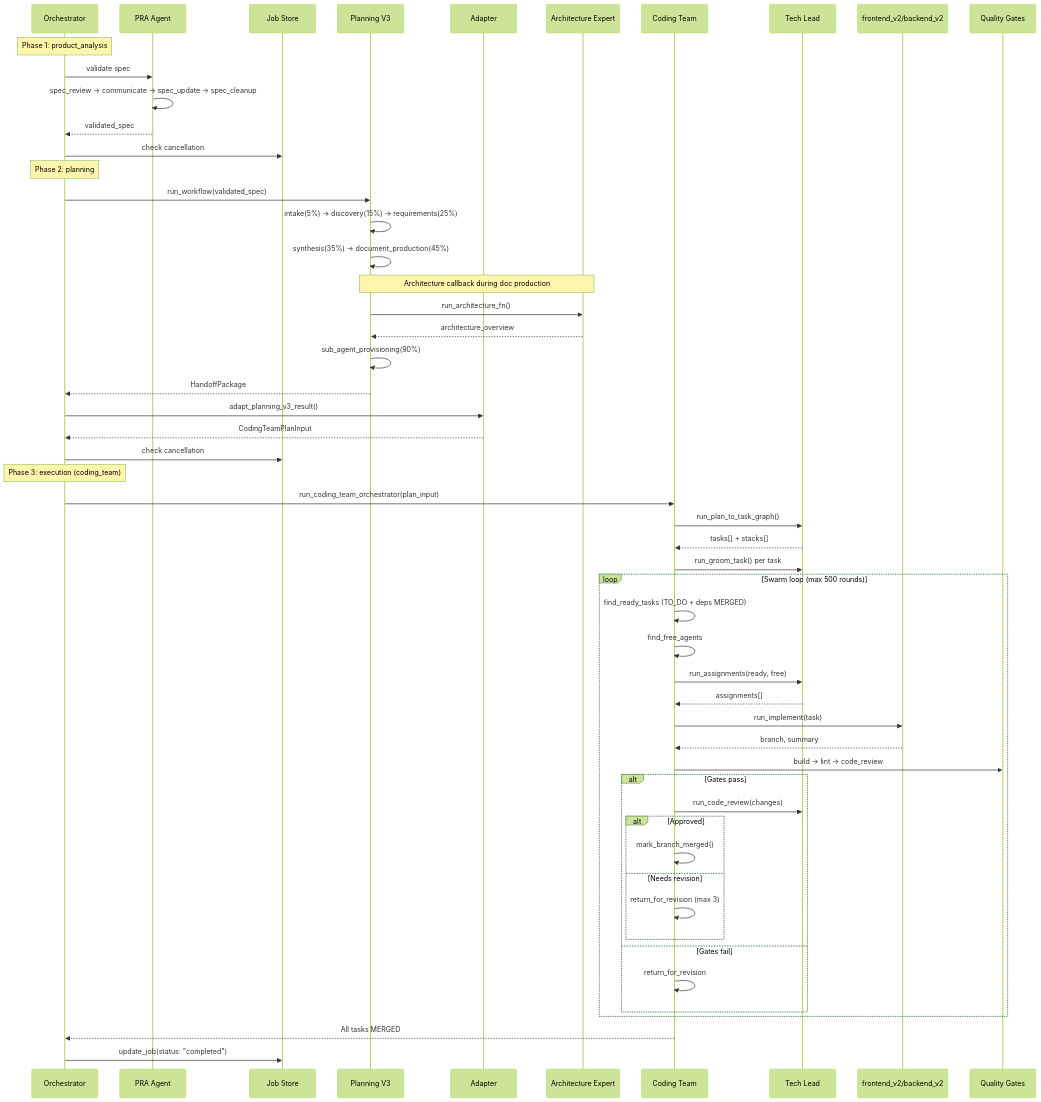
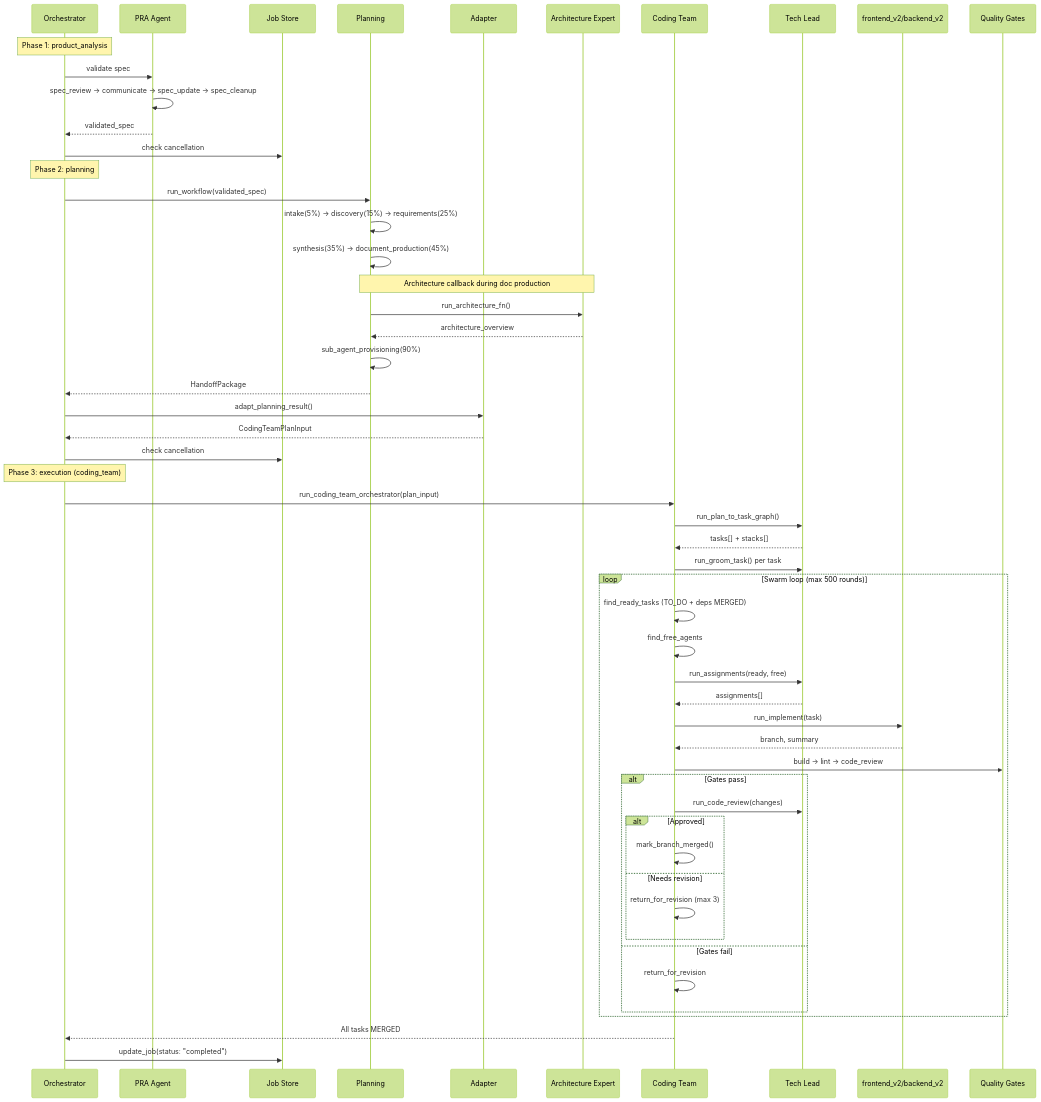
The second of 6 diagrams in backend/agents/software_engineering_team/system_design/SE_Use_Cases.md (brandonkindred/Khala-Agentic-AI-Teams), drawn with Mermaid (forest theme) before and after one commit. The commit also changed other lines of this file and 217 other files, not shown here.

````diff
--- a/backend/agents/software_engineering_team/system_design/SE_Use_Cases.md
+++ b/backend/agents/software_engineering_team/system_design/SE_Use_Cases.md
@@ -41,66 +41,66 @@
 ```mermaid
 sequenceDiagram
     participant ORC as Orchestrator
     participant PRA as PRA Agent
     participant JS as Job Store
-    participant PV3 as Planning V3
+    participant Planning as Planning
     participant ADP as Adapter
     participant ARCH as Architecture Expert
     participant CT as Coding Team
     participant TL as Tech Lead
     participant V2 as frontend_v2/backend_v2
     participant QG as Quality Gates
 
     Note over ORC: Phase 1: product_analysis
     ORC->>PRA: validate spec
     PRA->>PRA: spec_review → communicate → spec_update → spec_cleanup
     PRA-->>ORC: validated_spec
 
     ORC->>JS: check cancellation
     Note over ORC: Phase 2: planning
-    ORC->>PV3: run_workflow(validated_spec)
-    PV3->>PV3: intake(5%) → discovery(15%) → requirements(25%)
-    PV3->>PV3: synthesis(35%) → document_production(45%)
+    ORC->>Planning: run_workflow(validated_spec)
+    Planning->>Planning: intake(5%) → discovery(15%) → requirements(25%)
+    Planning->>Planning: synthesis(35%) → document_production(45%)
 
-    Note over PV3,ARCH: Architecture callback during doc production
-    PV3->>ARCH: run_architecture_fn()
-    ARCH-->>PV3: architecture_overview
+    Note over Planning,ARCH: Architecture callback during doc production
+    Planning->>ARCH: run_architecture_fn()
+    ARCH-->>Planning: architecture_overview
 
-    PV3->>PV3: sub_agent_provisioning(90%)
-    PV3-->>ORC: HandoffPackage
+    Planning->>Planning: sub_agent_provisioning(90%)
+    Planning-->>ORC: HandoffPackage
 
-    ORC->>ADP: adapt_planning_v3_result()
+    ORC->>ADP: adapt_planning_result()
     ADP-->>ORC: CodingTeamPlanInput
 
     ORC->>JS: check cancellation
     Note over ORC: Phase 3: execution (coding_team)
     ORC->>CT: run_coding_team_orchestrator(plan_input)
     CT->>TL: run_plan_to_task_graph()
     TL-->>CT: tasks[] + stacks[]
     CT->>TL: run_groom_task() per task
 
     loop Swarm loop (max 500 rounds)
         CT->>CT: find_ready_tasks (TO_DO + deps MERGED)
         CT->>CT: find_free_agents
         CT->>TL: run_assignments(ready, free)
         TL-->>CT: assignments[]
 
         CT->>V2: run_implement(task)
         V2-->>CT: branch, summary
 
         CT->>QG: build → lint → code_review
         alt Gates pass
             CT->>TL: run_code_review(changes)
             alt Approved
                 CT->>CT: mark_branch_merged()
             else Needs revision
                 CT->>CT: return_for_revision (max 3)
             end
         else Gates fail
             CT->>CT: return_for_revision
         end
     end
 
     CT-->>ORC: All tasks MERGED
     ORC->>JS: update_job(status: "completed")
 ```
````
